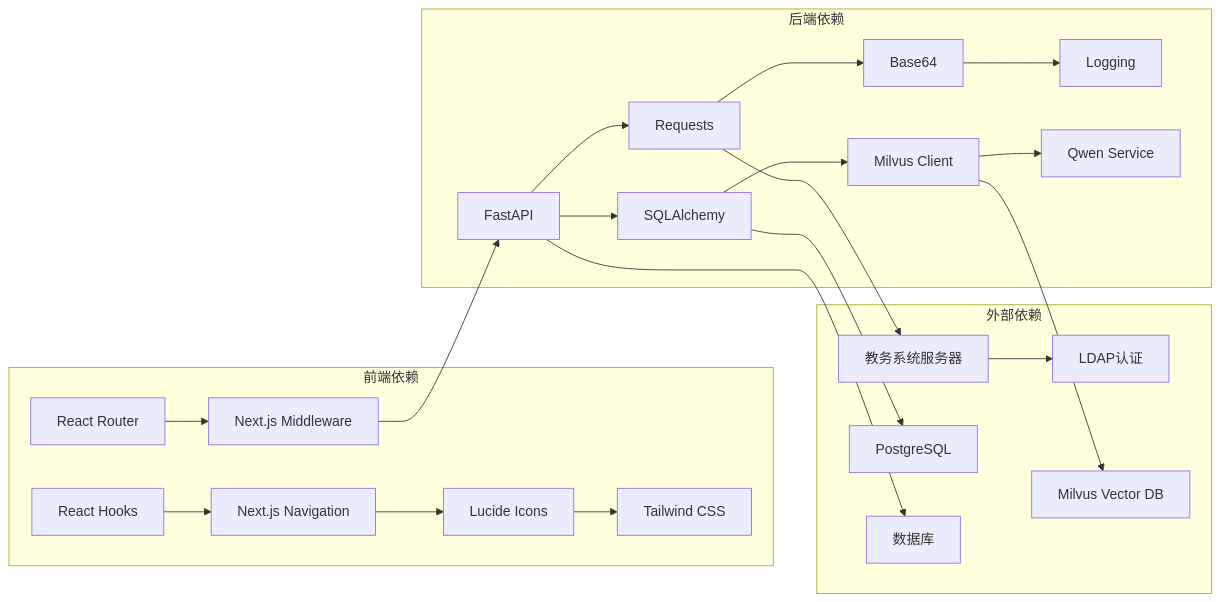
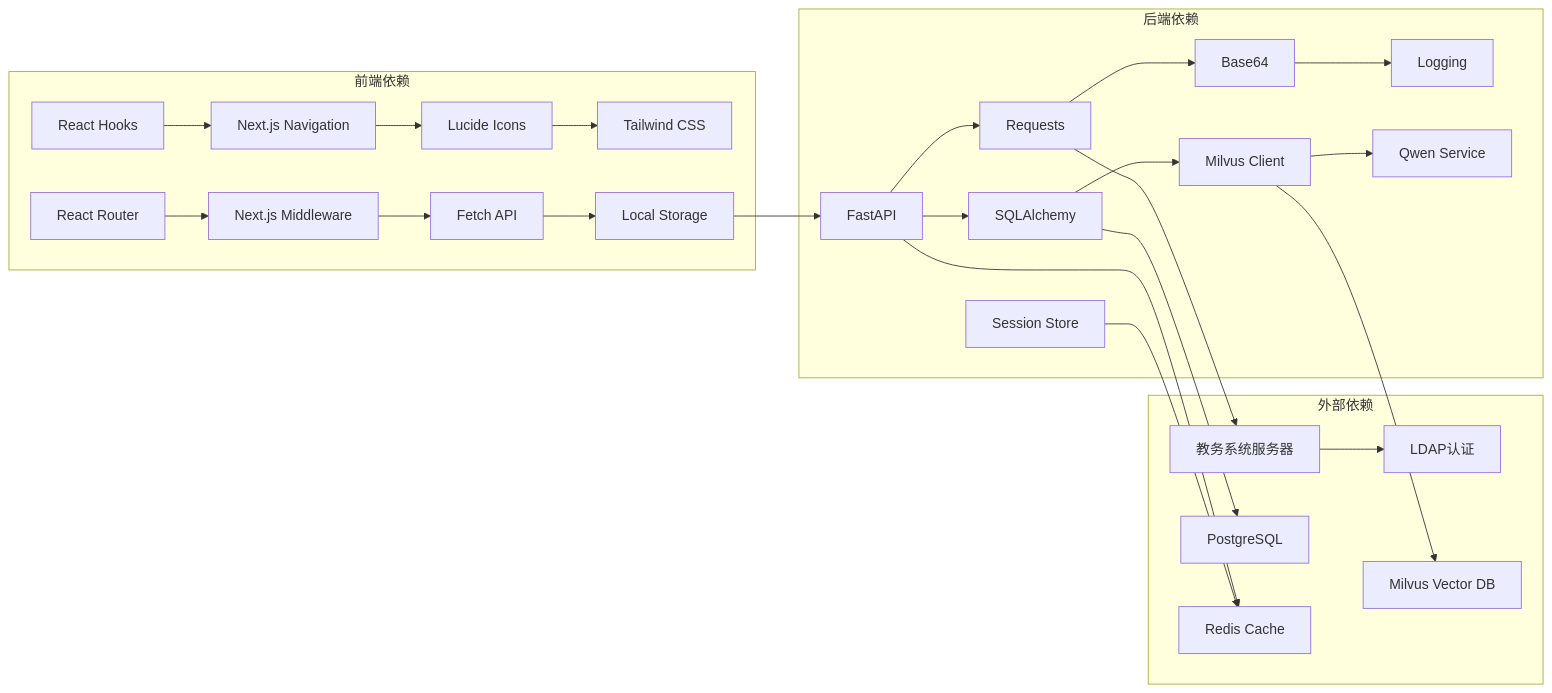
Before and after one commit to ghbbn053-ship-itsoulddog/soulddog: diagram 14 of 14 in .qoder/repowiki/zh/content/前端应用文档/登录页面与认证流程.md, drawn with Mermaid. The commit also changed other lines of this file and 119 other files, not shown here.

````diff
--- a/.qoder/repowiki/zh/content/前端应用文档/登录页面与认证流程.md
+++ b/.qoder/repowiki/zh/content/前端应用文档/登录页面与认证流程.md
@@ -531,43 +593,49 @@
 ```mermaid
 graph LR
 subgraph "前端依赖"
 A[React Hooks]
 B[Next.js Navigation]
 C[Lucide Icons]
 D[Tailwind CSS]
 E[React Router]
 F[Next.js Middleware]
+G[Fetch API]
+H[Local Storage]
 end
 subgraph "后端依赖"
-G[FastAPI]
-H[Requests]
-I[Base64]
-J[Logging]
-K[SQLAlchemy]
-L[Milvus Client]
-M[Qwen Service]
+I[FastAPI]
+J[Requests]
+K[Base64]
+L[Logging]
+M[SQLAlchemy]
+N[Milvus Client]
+O[Qwen Service]
+P[Session Store]
 end
 subgraph "外部依赖"
-N[教务系统服务器]
-O[LDAP认证]
-P[PostgreSQL]
-Q[Milvus Vector DB]
-R[数据库]
+Q[教务系统服务器]
+R[LDAP认证]
+S[PostgreSQL]
+T[Milvus Vector DB]
+U[Redis Cache]
 end
 A --> B
 B --> C
 C --> D
 E --> F
 F --> G
 G --> H
 H --> I
 I --> J
-G --> K
+J --> K
 K --> L
-L --> M
-H --> N
+I --> M
+M --> N
 N --> O
-G --> R
-K --> P
-L --> Q
+J --> Q
+Q --> R
+I --> U
+M --> S
+N --> T
+P --> U
 ```
````
